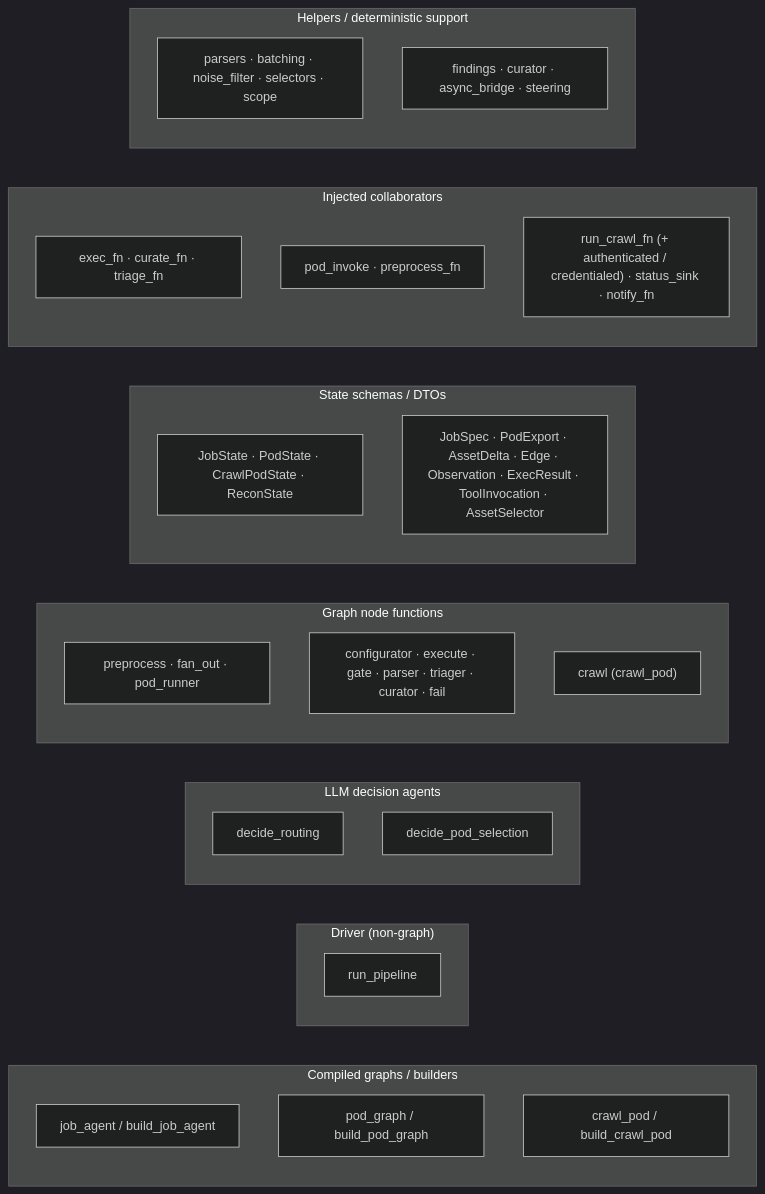
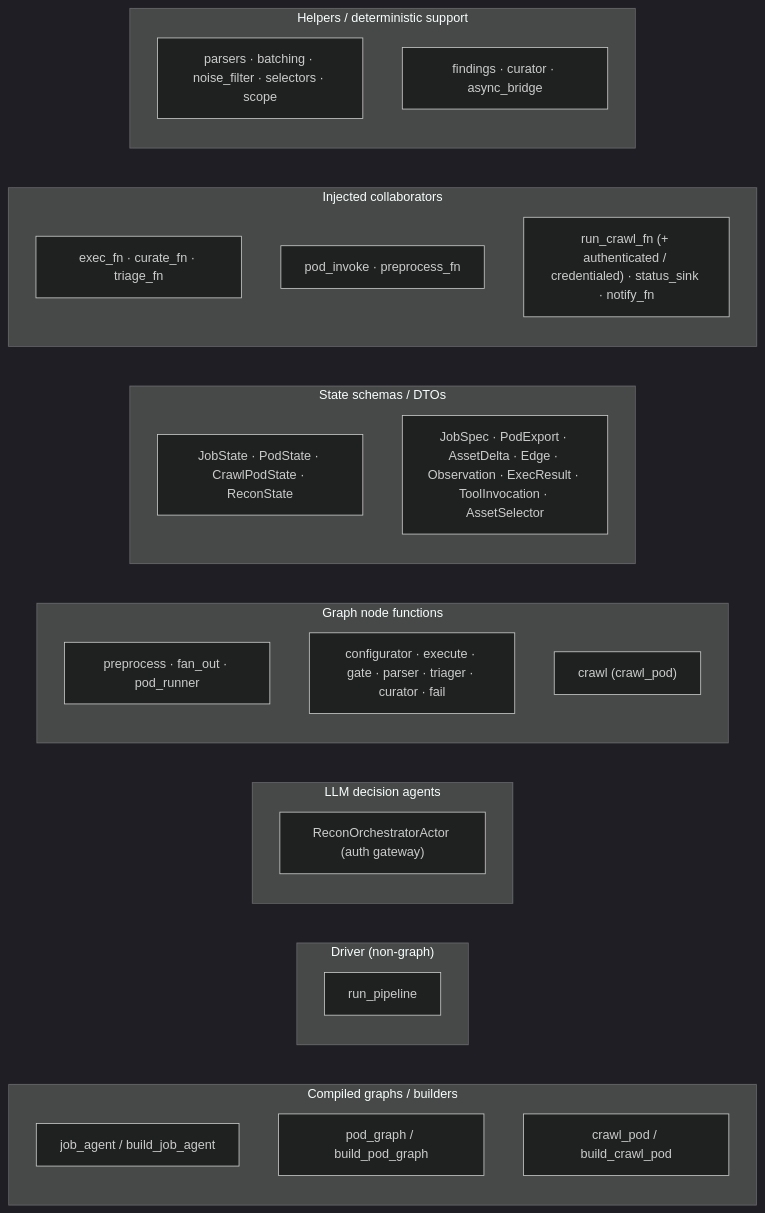
One commit to Diekgbbtt/polyphemus changed the second of 3 diagrams in docs/design/technological-architecture.md. Above: the diagram before and after it, drawn with Mermaid (dark theme). The commit also changed other lines of this file and 14 other files, not shown here.

````diff
--- a/docs/design/technological-architecture.md
+++ b/docs/design/technological-architecture.md
@@ -264,33 +262,32 @@
 ```mermaid
 flowchart LR
   subgraph G["Compiled graphs / builders"]
     g1["job_agent / build_job_agent"]
     g2["pod_graph / build_pod_graph"]
     g3["crawl_pod / build_crawl_pod"]
   end
   subgraph D["Driver (non-graph)"]
     d1["run_pipeline"]
   end
   subgraph A["LLM decision agents"]
-    a1["decide_routing"]
-    a2["decide_pod_selection"]
+    a1["ReconOrchestratorActor (auth gateway)"]
   end
   subgraph N["Graph node functions"]
     n1["preprocess · fan_out · pod_runner"]
     n2["configurator · execute · gate · parser · triager · curator · fail"]
     n3["crawl (crawl_pod)"]
   end
   subgraph S["State schemas / DTOs"]
     s1["JobState · PodState · CrawlPodState · ReconState"]
     s2["JobSpec · PodExport · AssetDelta · Edge · Observation · ExecResult · ToolInvocation · AssetSelector"]
   end
   subgraph C["Injected collaborators"]
     c1["exec_fn · curate_fn · triage_fn"]
     c2["pod_invoke · preprocess_fn"]
     c3["run_crawl_fn (+ authenticated / credentialed) · status_sink · notify_fn"]
   end
   subgraph H["Helpers / deterministic support"]
     h1["parsers · batching · noise_filter · selectors · scope"]
-    h2["findings · curator · async_bridge · steering"]
+    h2["findings · curator · async_bridge"]
   end
 ```
````
